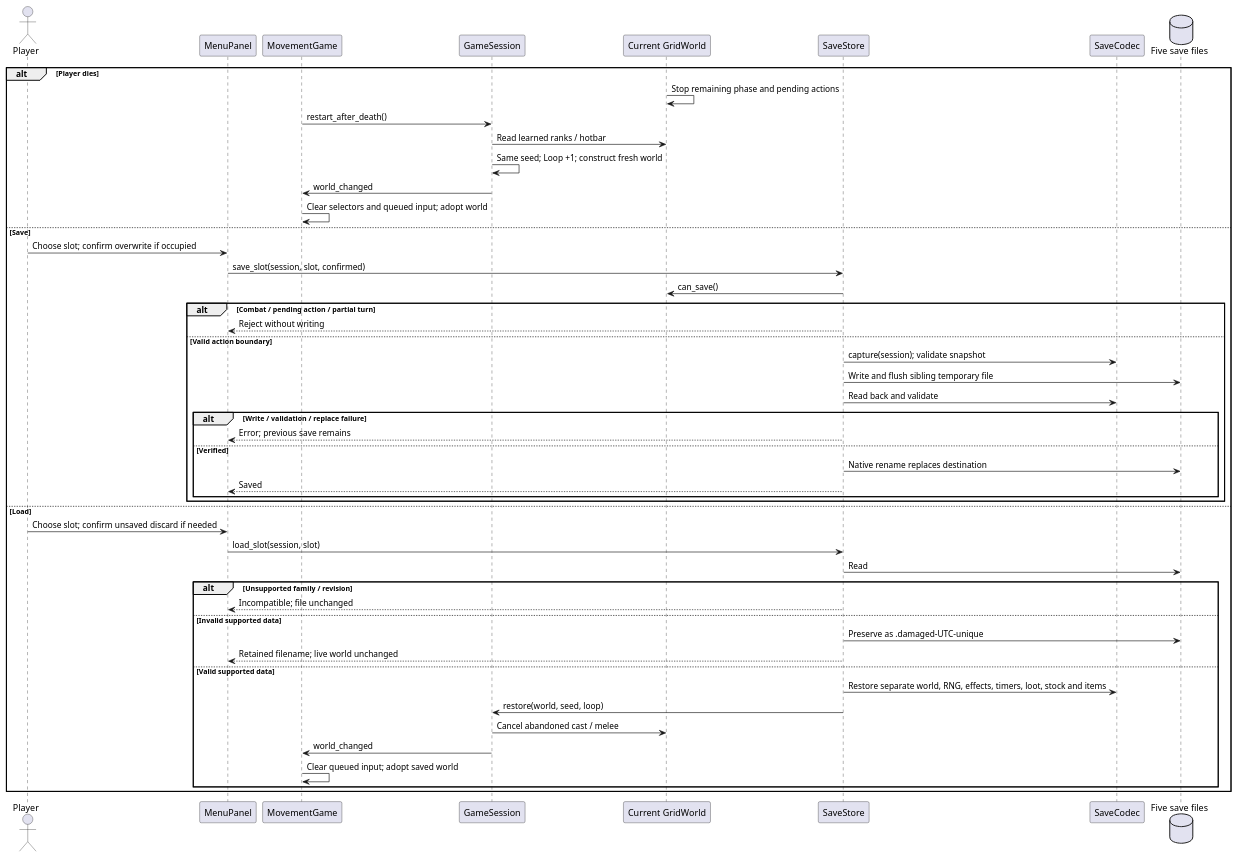
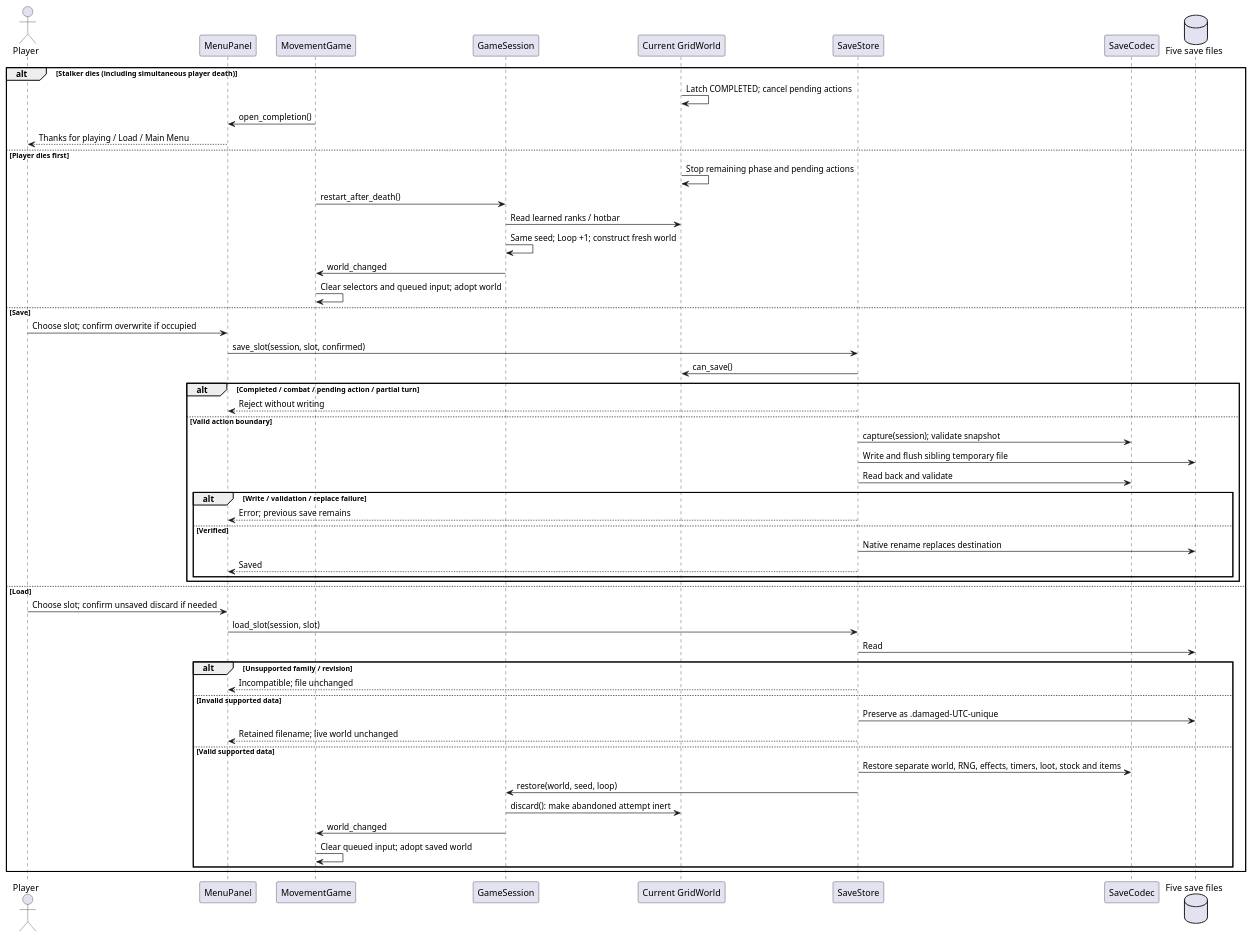
Before and after one commit to VHonzik/Ostinato: the diagram in docs/architecture/sequences/loop_save.puml, drawn with PlantUML. The commit also changed 25 other files, not shown here.

```diff
--- a/docs/architecture/sequences/loop_save.puml
+++ b/docs/architecture/sequences/loop_save.puml
@@ -1,53 +1,57 @@
 @startuml
 !pragma layout smetana
 skinparam shadowing false
 actor Player
 participant MenuPanel as Menu
 participant MovementGame as Game
 participant GameSession as Session
 participant "Current GridWorld" as World
 participant SaveStore as Store
 participant SaveCodec as Codec
 database "Five save files" as Disk
-alt Player dies
+alt Stalker dies (including simultaneous player death)
+  World -> World : Latch COMPLETED; cancel pending actions
+  Game -> Menu : open_completion()
+  Menu --> Player : Thanks for playing / Load / Main Menu
+else Player dies first
   World -> World : Stop remaining phase and pending actions
   Game -> Session : restart_after_death()
   Session -> World : Read learned ranks / hotbar
   Session -> Session : Same seed; Loop +1; construct fresh world
   Session -> Game : world_changed
   Game -> Game : Clear selectors and queued input; adopt world
 else Save
   Player -> Menu : Choose slot; confirm overwrite if occupied
   Menu -> Store : save_slot(session, slot, confirmed)
   Store -> World : can_save()
-  alt Combat / pending action / partial turn
+  alt Completed / combat / pending action / partial turn
     Store --> Menu : Reject without writing
   else Valid action boundary
     Store -> Codec : capture(session); validate snapshot
     Store -> Disk : Write and flush sibling temporary file
     Store -> Codec : Read back and validate
     alt Write / validation / replace failure
       Store --> Menu : Error; previous save remains
     else Verified
       Store -> Disk : Native rename replaces destination
       Store --> Menu : Saved
     end
   end
 else Load
   Player -> Menu : Choose slot; confirm unsaved discard if needed
   Menu -> Store : load_slot(session, slot)
   Store -> Disk : Read
   alt Unsupported family / revision
     Store --> Menu : Incompatible; file unchanged
   else Invalid supported data
     Store -> Disk : Preserve as .damaged-UTC-unique
     Store --> Menu : Retained filename; live world unchanged
   else Valid supported data
     Store -> Codec : Restore separate world, RNG, effects, timers, loot, stock and items
     Store -> Session : restore(world, seed, loop)
-    Session -> World : Cancel abandoned cast / melee
+    Session -> World : discard(): make abandoned attempt inert
     Session -> Game : world_changed
     Game -> Game : Clear queued input; adopt saved world
   end
 end
 @enduml
```
